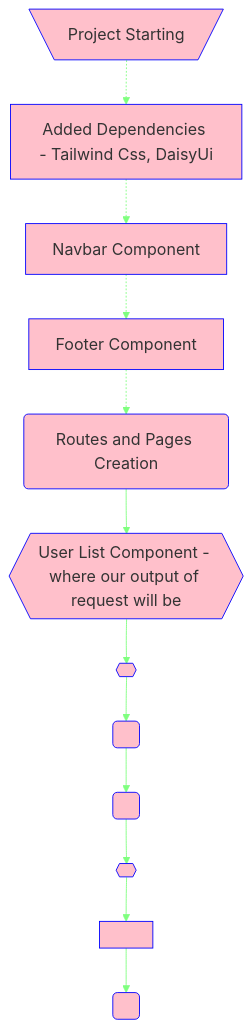
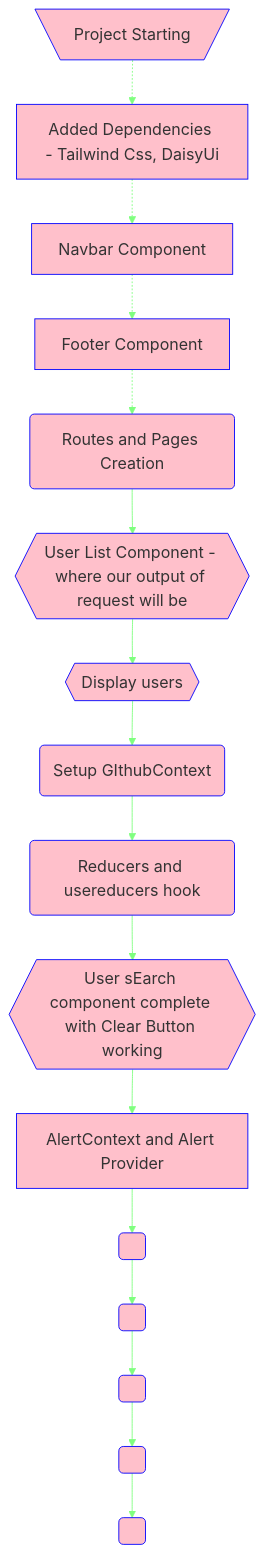
The diagram in README.md (imnakul/Github-Finder_using_Vite.js), drawn with Mermaid before and after one commit. The commit also changed 3 other files, not shown here.

Commit message:
createdAlertContext&AlertProvider

````diff
--- a/README.md
+++ b/README.md
@@ -19,17 +19,22 @@
 ```mermaid
 %%{init: {'theme': 'base', 'themeVariables': { 'fontSize': '18px', 'fontFamily': 'Algerian' , 'primaryBorderColor': 'blue' , 'background' : 'purple', 'mainBkg': 'pink'}}}%%
 flowchart TD
    1[\Project Starting/]
    -.-> 2[Added Dependencies - Tailwind Css, DaisyUi ]
    -.-> 3[Navbar Component]
    -.-> 4[Footer Component]
    -.-> 5
     5(Routes and Pages Creation) --> B
     B{{User List Component - where our output of request will be }}
-    B --> C{{ }}
-     --> D( )
-     --> E( )
-     --> F{{ }}
-     --> G[ ]
+    B --> C{{Display users }}
+     --> D( Setup GIthubContext)
+     --> E(Reducers and usereducers hook )
+     --> F{{User sEarch component complete with Clear Button working }}
+     --> G[AlertContext and Alert Provider ]
      --> M( )
+     --> N( )
+     --> O( )
+     --> P( )
+     --> Q( )
+
 ```
````
